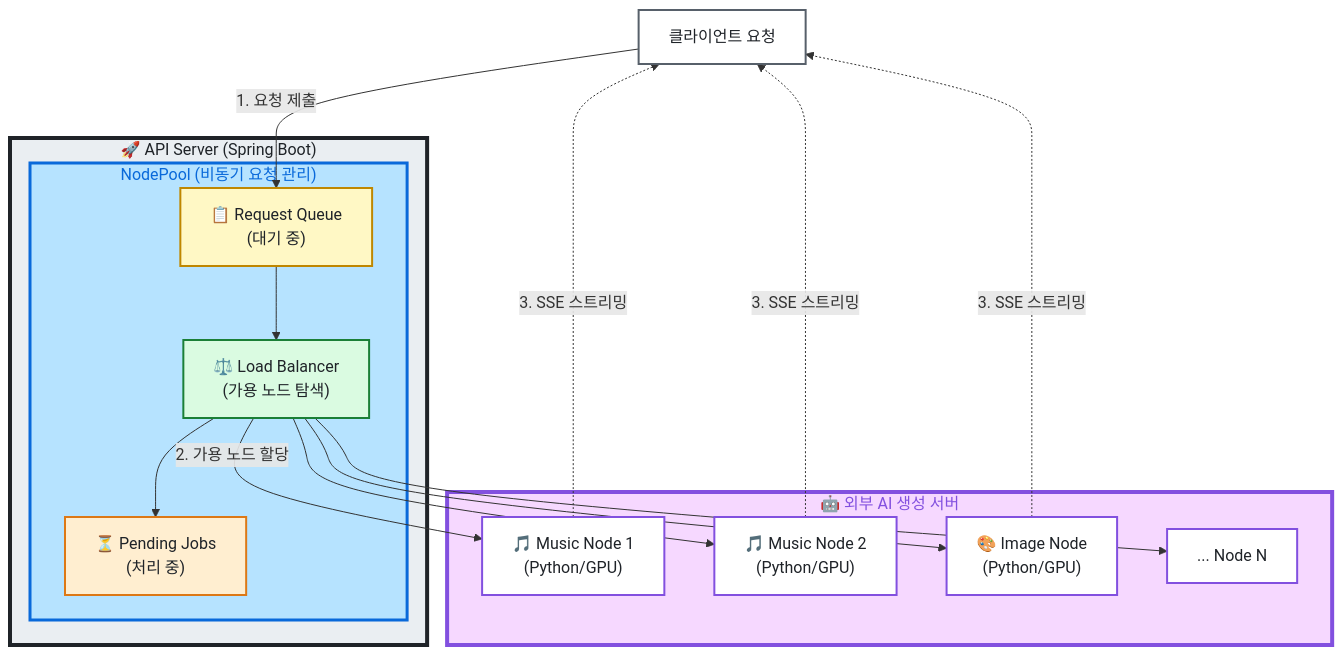
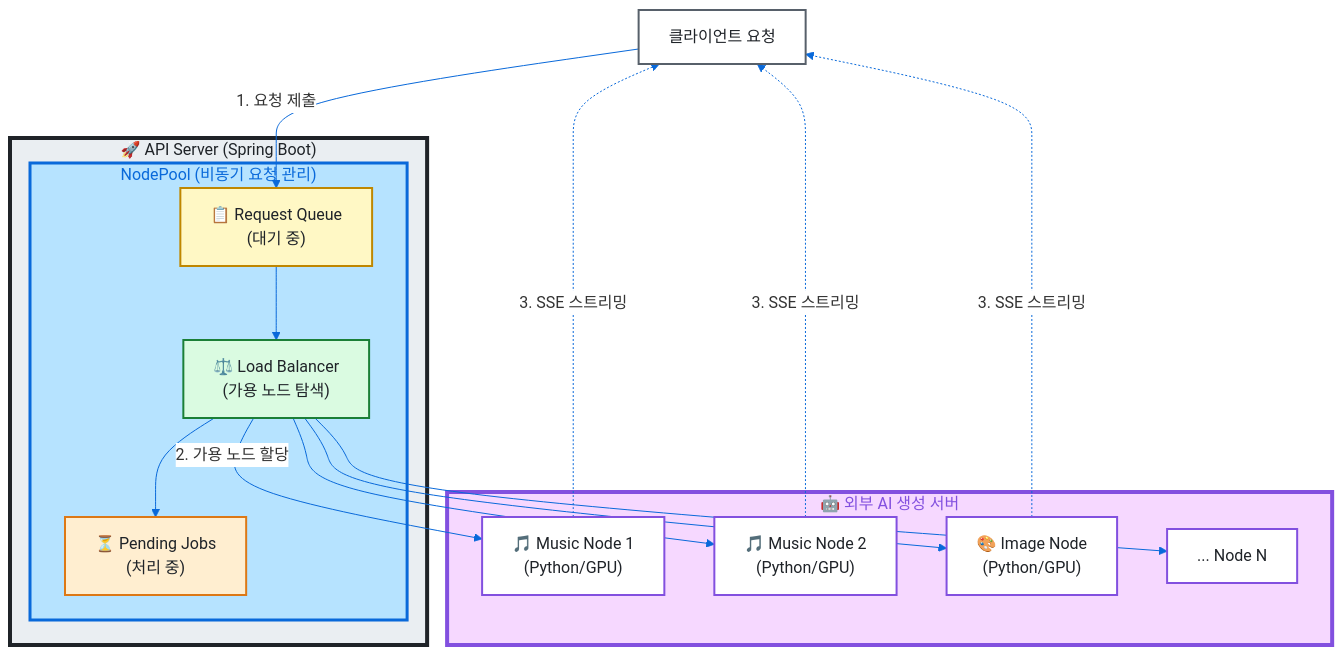
The first of 2 diagrams in README.md (Capstone-Memoria/Memoria-Back), drawn with Mermaid before and after one commit. The commit also changed other lines of this file, not shown here.

Commit message:
docs: update README.md with enhanced flowchart styles
- Added custom theme settings for flowcharts to improve visual consistency and readability.
- Updated both client request and system architecture diagrams with new styling parameters.

````diff
--- a/README.md
+++ b/README.md
@@ -34,47 +34,53 @@
 ```mermaid
+%%{init: {'theme':'base', 'themeVariables': {
+  'primaryColor':'#ffffff',
+  'primaryBorderColor':'#57606a',
+  'lineColor':'#0969da',
+  'fontSize':'16px'
+}}}%%
 flowchart TB
     Client[클라이언트 요청]
 
     subgraph SpringBoot["🚀 API Server (Spring Boot)"]
         subgraph NodePool["NodePool (비동기 요청 관리)"]
             Queue["📋 Request Queue<br/>(대기 중)"]
             Pending["⏳ Pending Jobs<br/>(처리 중)"]
             LoadBalancer["⚖️ Load Balancer<br/>(가용 노드 탐색)"]
 
             Queue --> LoadBalancer
             LoadBalancer --> Pending
         end
     end
 
     subgraph AINodes["🤖 외부 AI 생성 서버"]
         Node1["🎵 Music Node 1<br/>(Python/GPU)"]
         Node2["🎵 Music Node 2<br/>(Python/GPU)"]
         Node3["🎨 Image Node<br/>(Python/GPU)"]
         NodeN["... Node N"]
     end
 
     Client -->|"1. 요청 제출"| Queue
     LoadBalancer -->|"2. 가용 노드 할당"| Node1
     LoadBalancer --> Node2
     LoadBalancer --> Node3
     LoadBalancer --> NodeN
 
     Node1 -.->|"3. SSE 스트리밍"| Client
     Node2 -.->|"3. SSE 스트리밍"| Client
     Node3 -.->|"3. SSE 스트리밍"| Client
 
     %% Subgraph 스타일
     style SpringBoot fill:#eaeef2,stroke:#1f2328,stroke-width:4px,color:#1f2328
     style NodePool fill:#b6e3ff,stroke:#0969da,stroke-width:3px,color:#0969da
     style AINodes fill:#f6d8ff,stroke:#8250df,stroke-width:4px,color:#8250df
 
     %% 개별 노드 스타일 (밝은 배경 + 어두운 글자)
     style Client fill:#ffffff,stroke:#57606a,stroke-width:2px,color:#1f2328
     style Queue fill:#fff8c5,stroke:#bf8700,stroke-width:2px,color:#1f2328
     style Pending fill:#ffeed0,stroke:#dd7815,stroke-width:2px,color:#1f2328
     style LoadBalancer fill:#dafbe1,stroke:#1a7f37,stroke-width:2px,color:#1f2328
     style Node1 fill:#ffffff,stroke:#8250df,stroke-width:2px,color:#1f2328
     style Node2 fill:#ffffff,stroke:#8250df,stroke-width:2px,color:#1f2328
     style Node3 fill:#ffffff,stroke:#8250df,stroke-width:2px,color:#1f2328
     style NodeN fill:#ffffff,stroke:#8250df,stroke-width:2px,color:#1f2328
 ```
````
